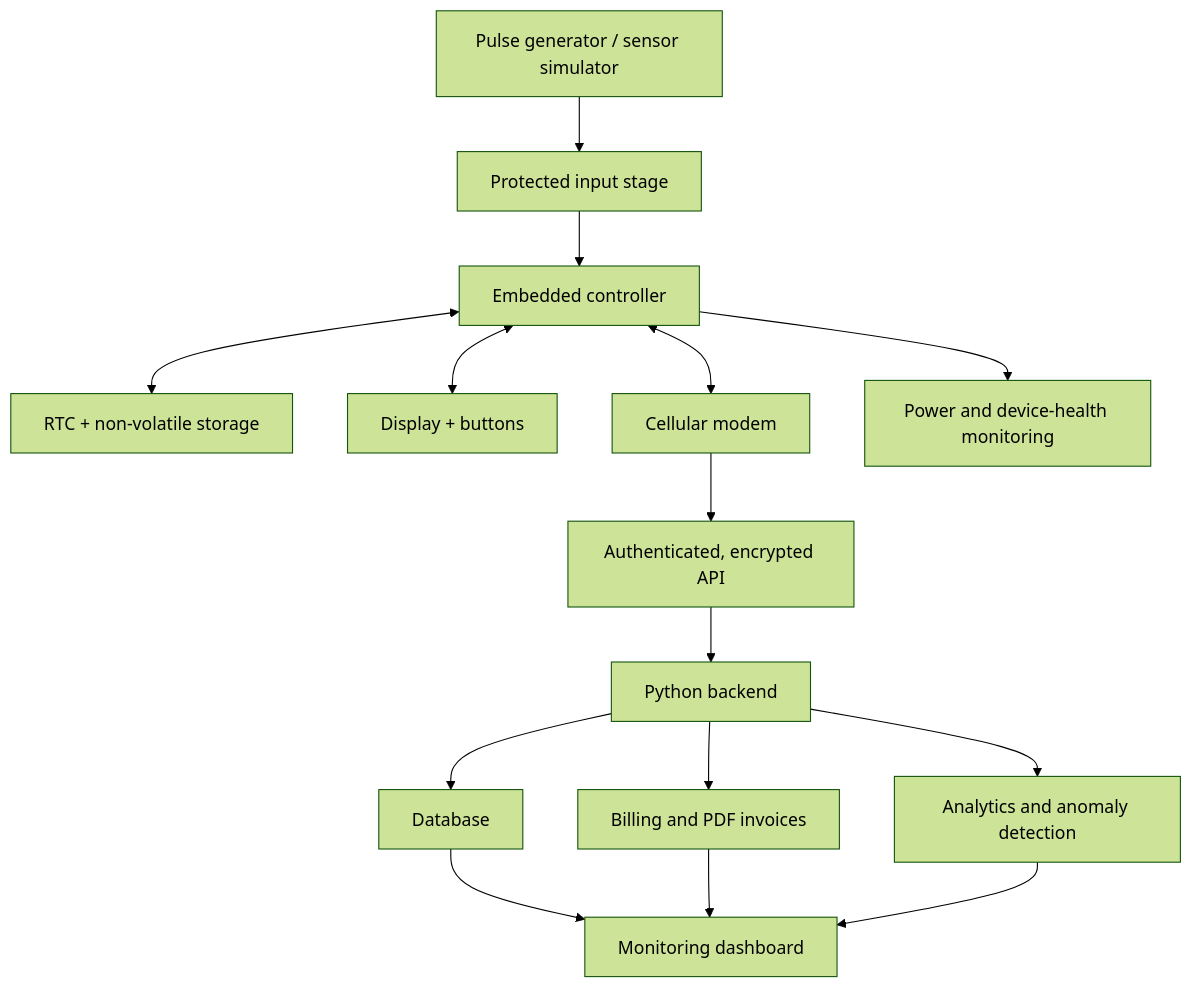
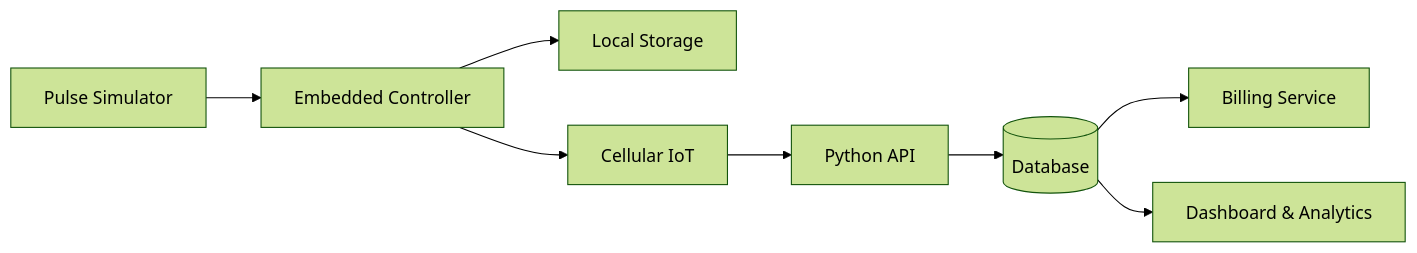
Before and after one commit to ebixs/smart-gas-meter-iot: the diagram in README.md, drawn with Mermaid (forest theme). The commit also changed other lines of this file, not shown here.

````diff
--- a/README.md
+++ b/README.md
@@ -39,17 +182,10 @@
 ```mermaid
-flowchart TD
-    A["Pulse generator / sensor simulator"] --> B["Protected input stage"]
-    B --> C["Embedded controller"]
-    C <--> D["RTC + non-volatile storage"]
-    C <--> E["Display + buttons"]
-    C <--> F["Cellular modem"]
-    C --> G["Power and device-health monitoring"]
-    F --> H["Authenticated, encrypted API"]
-    H --> I["Python backend"]
-    I --> J["Database"]
-    I --> K["Billing and PDF invoices"]
-    I --> L["Analytics and anomaly detection"]
-    J --> M["Monitoring dashboard"]
-    K --> M
-    L --> M
+flowchart LR
+    A["Pulse Simulator"] --> B["Embedded Controller"]
+    B --> C["Local Storage"]
+    B --> D["Cellular IoT"]
+    D --> E["Python API"]
+    E --> F[("Database")]
+    F --> G["Billing Service"]
+    F --> H["Dashboard & Analytics"]
 ```
````
